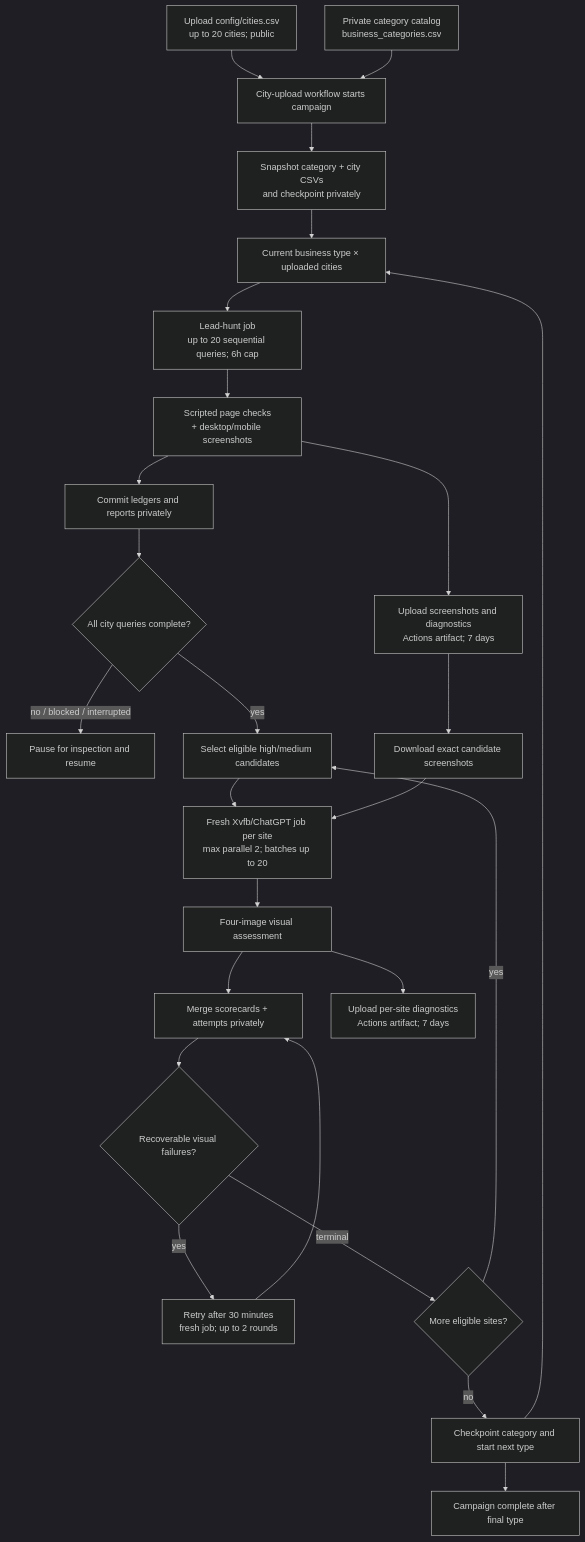
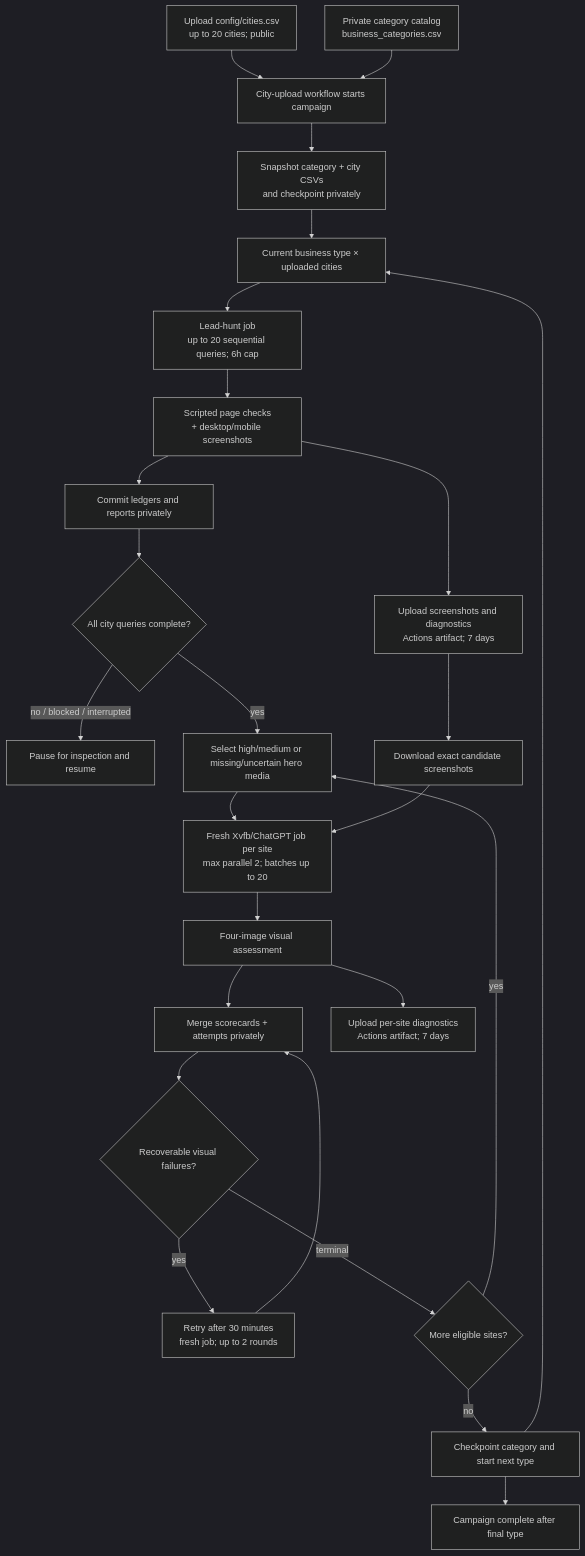
The diagram in README.md (hometownredesignsites/website-lead-hunting), drawn with Mermaid (dark theme) before and after one commit. The commit also changed other lines of this file and 8 other files, not shown here.

Commit message:
Route hero media gaps to visual review

````diff
--- a/README.md
+++ b/README.md
@@ -32,28 +32,28 @@
 ```mermaid
 flowchart TD
     A[Upload config/cities.csv<br/>up to 20 cities; public] --> B[City-upload workflow starts campaign]
     C[Private category catalog<br/>business_categories.csv] --> B
     B --> D[Snapshot category + city CSVs<br/>and checkpoint privately]
     D --> E[Current business type × uploaded cities]
     E --> F[Lead-hunt job<br/>up to 20 sequential queries; 6h cap]
     F --> G[Scripted page checks<br/>+ desktop/mobile screenshots]
     G --> H[Commit ledgers and reports privately]
     G --> I[Upload screenshots and diagnostics<br/>Actions artifact; 7 days]
     H --> J{All city queries complete?}
     J -- no / blocked / interrupted --> K[Pause for inspection and resume]
-    J -- yes --> L[Select eligible high/medium candidates]
+    J -- yes --> L[Select high/medium or missing/uncertain hero media]
     I --> M[Download exact candidate screenshots]
     L --> N[Fresh Xvfb/ChatGPT job per site<br/>max parallel 2; batches up to 20]
     M --> N
     N --> O[Four-image visual assessment]
     O --> P[Merge scorecards + attempts privately]
     O --> Q[Upload per-site diagnostics<br/>Actions artifact; 7 days]
     P --> R{Recoverable visual failures?}
     R -- yes --> S[Retry after 30 minutes<br/>fresh job; up to 2 rounds]
     S --> P
     R -- terminal --> T{More eligible sites?}
     T -- yes --> L
     T -- no --> U[Checkpoint category and start next type]
     U --> E
     U --> V[Campaign complete after final type]
 ```
````
